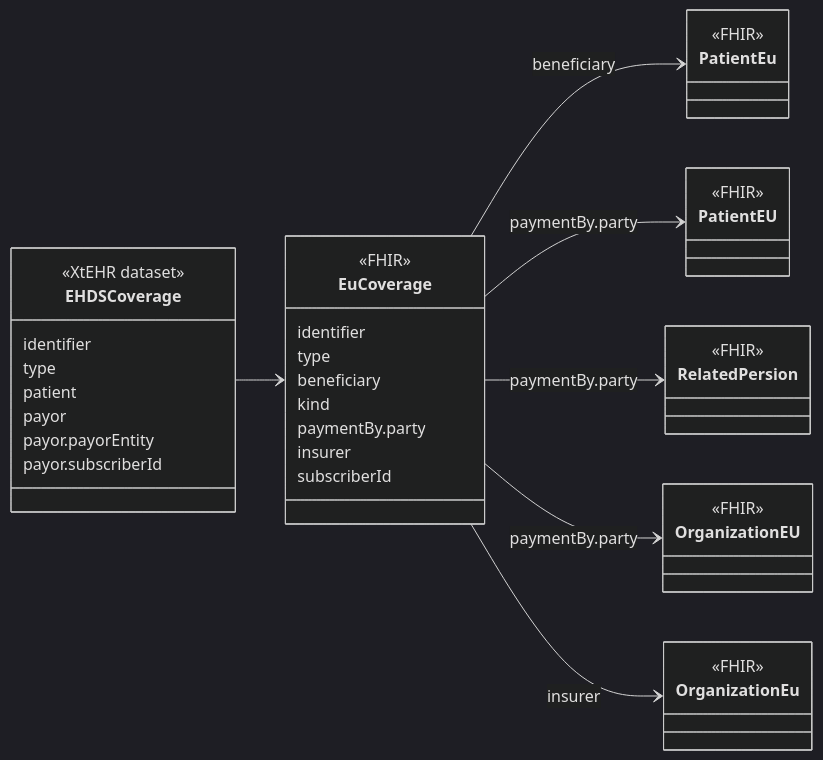
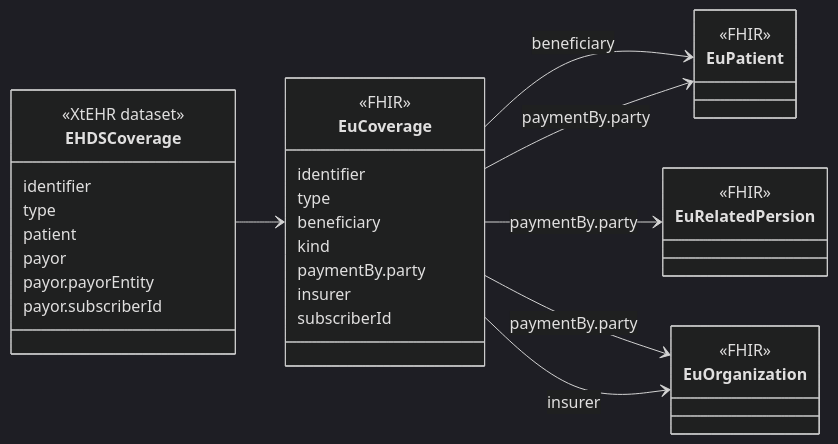
One commit to oijauregui/ehdsimaging changed the diagram in input/intro-notes/ConceptMap-EHDSCoverageMap-intro.md. Above: the diagram before and after it, drawn with Mermaid (dark theme). The commit also changed 25 other files, not shown here.

````diff
--- a/input/intro-notes/ConceptMap-EHDSCoverageMap-intro.md
+++ b/input/intro-notes/ConceptMap-EHDSCoverageMap-intro.md
@@ -5,46 +5,43 @@
 ```mermaid
 classDiagram
 direction LR
 class EHDSCoverage {
   <<XtEHR dataset>>
   identifier
   type
   patient
   payor
   payor.payorEntity
   payor.subscriberId
 }
 link EHDSCoverage "https://build.fhir.org/ig/Xt-EHR/xt-ehr-common/StructureDefinition-EHDSCoverage.html"
 class EuCoverage{
   <<FHIR>>
   identifier
   type
   beneficiary
   kind
   paymentBy.party
   insurer
   subscriberId
 }
 
-class PatientEu {
+class EuPatient {
   <<FHIR>>
 }
-class PatientEU {
+class  EuRelatedPersion {
   <<FHIR>>
 }
-class  RelatedPersion {
+class  EuOrganization {
   <<FHIR>>
 }
-class  OrganizationEU {
-  <<FHIR>>
-}
-class OrganizationEu {
+class EuOrganization {
   <<FHIR>>
 }
 EHDSCoverage --> EuCoverage
-EuCoverage --> PatientEu : beneficiary
-EuCoverage --> PatientEU : paymentBy.party
-EuCoverage -->  RelatedPersion : paymentBy.party
-EuCoverage -->  OrganizationEU : paymentBy.party
-EuCoverage --> OrganizationEu : insurer
+EuCoverage --> EuPatient : beneficiary
+EuCoverage --> EuPatient : paymentBy.party
+EuCoverage -->  EuRelatedPersion : paymentBy.party
+EuCoverage -->  EuOrganization : paymentBy.party
+EuCoverage --> EuOrganization : insurer
 ```
````
